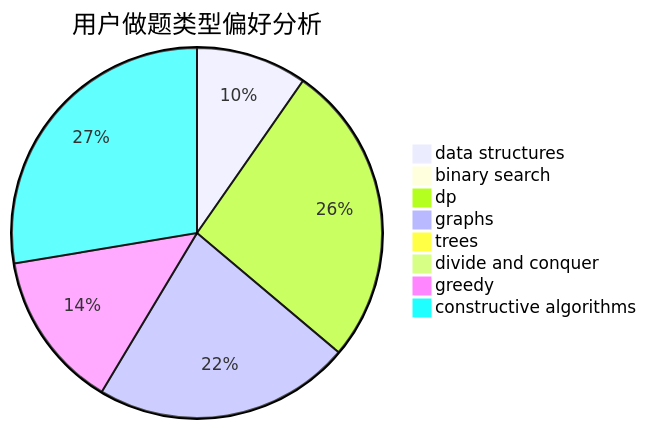
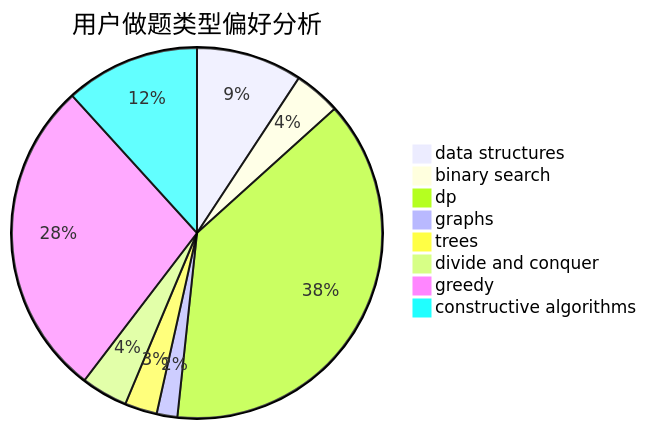
The second of 3 diagrams in docs/user/u1785.md (sherpahu/cfrs.github.io), drawn with Mermaid before and after one commit. The commit also changed other lines of this file and 2770 other files, not shown here.

````diff
--- a/docs/user/u1785.md
+++ b/docs/user/u1785.md
@@ -23,11 +23,11 @@
 ```mermaid
 pie title 用户做题类型偏好分析
-    "data structures" :  116
-    "binary search" :  9
-    "dp" :  317
-    "graphs" :  269
-    "trees" :  11
-    "divide and conquer" :  0
-    "greedy" :  165
-    "constructive algorithms" :  331
+    "data structures" :  82
+    "binary search" :  36
+    "dp" :  340
+    "graphs" :  16
+    "trees" :  25
+    "divide and conquer" :  36
+    "greedy" :  247
+    "constructive algorithms" :  104
 ```
````
